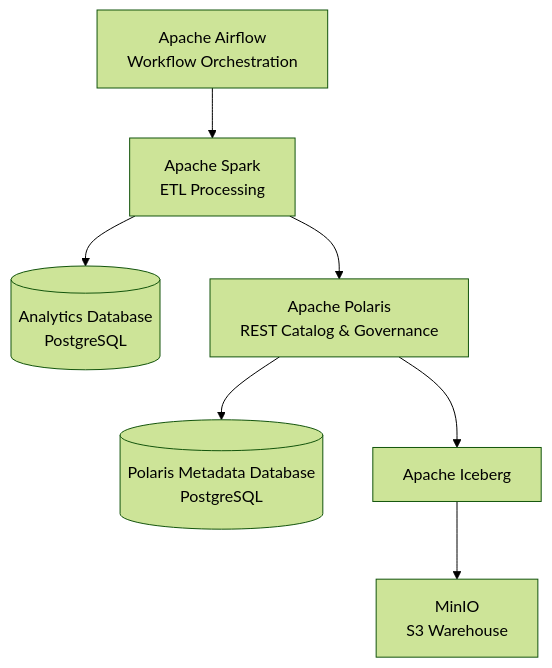
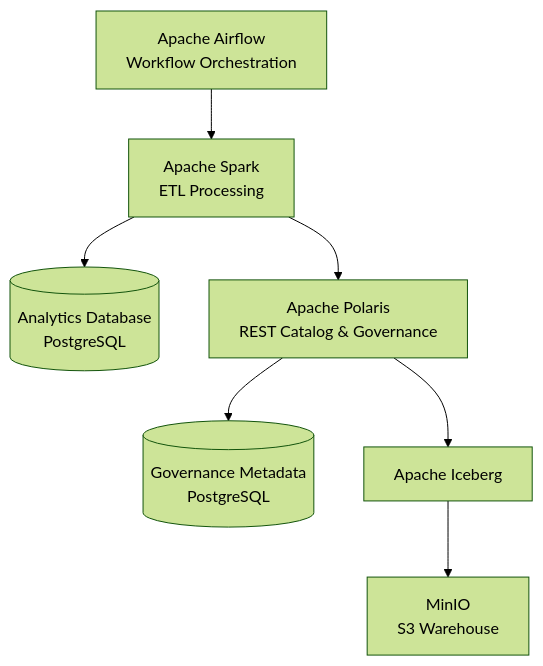
Before and after one commit to ganeshsa986/ELT-Pipeline-with-Docker-Compose: the first of 2 diagrams in README.md, drawn with Mermaid (forest theme).

````diff
--- a/README.md
+++ b/README.md
@@ -34,29 +34,29 @@
 ```mermaid
 flowchart TB
 
     Airflow["Apache Airflow<br/>Workflow Orchestration"]
 
     Spark["Apache Spark<br/>ETL Processing"]
 
     AnalyticsDB[("Analytics Database<br/>PostgreSQL")]
 
     Polaris["Apache Polaris<br/>REST Catalog & Governance"]
 
-    GovernanceDB[("Polaris Metadata Database<br/>PostgreSQL")]
+    GovernanceDB[("Governance Metadata<br/>PostgreSQL")]
 
     Iceberg["Apache Iceberg"]
 
     MinIO["MinIO<br/>S3 Warehouse"]
 
     Airflow --> Spark
 
     Spark --> AnalyticsDB
 
     Spark --> Polaris
 
     Polaris --> GovernanceDB
 
     Polaris --> Iceberg
 
     Iceberg --> MinIO
 ```
````
